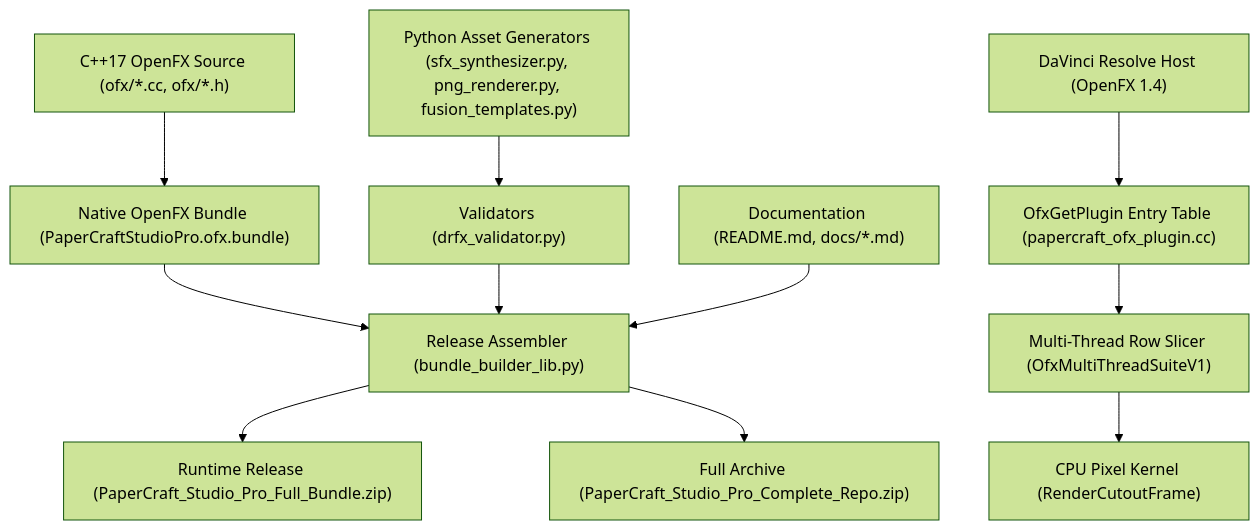
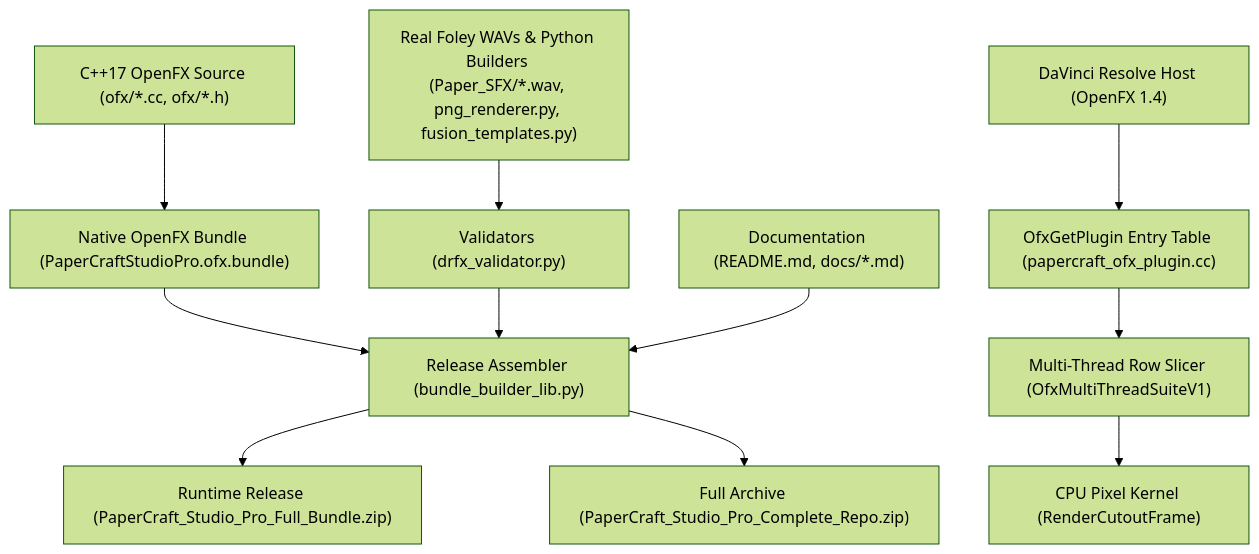
One commit to la-matatena/mttn-papercraft-studio changed the first of 2 diagrams in docs/design_doc.md. Above: the diagram before and after it, drawn with Mermaid (forest theme). The commit also changed other lines of this file and 16 other files, not shown here.

Commit message:
feat: replace synthesized audio with 4 real public-domain paper Foley WAVs

````diff
--- a/docs/design_doc.md
+++ b/docs/design_doc.md
@@ -57,14 +56,14 @@
 ```mermaid
 flowchart TD
   S["C++17 OpenFX Source (ofx/*.cc, ofx/*.h)"] --> B["Native OpenFX Bundle (PaperCraftStudioPro.ofx.bundle)"]
-  P["Python Asset Generators (sfx_synthesizer.py, png_renderer.py, fusion_templates.py)"] --> V["Validators (drfx_validator.py)"]
+  P["Real Foley WAVs & Python Builders (Paper_SFX/*.wav, png_renderer.py, fusion_templates.py)"] --> V["Validators (drfx_validator.py)"]
   B --> R["Release Assembler (bundle_builder_lib.py)"]
   V --> R
   D["Documentation (README.md, docs/*.md)"] --> R
   R --> Z1["Runtime Release (PaperCraft_Studio_Pro_Full_Bundle.zip)"]
   R --> Z2["Full Archive (PaperCraft_Studio_Pro_Complete_Repo.zip)"]
 
   H["DaVinci Resolve Host (OpenFX 1.4)"] --> E["OfxGetPlugin Entry Table (papercraft_ofx_plugin.cc)"]
   E --> T["Multi-Thread Row Slicer (OfxMultiThreadSuiteV1)"]
   T --> K["CPU Pixel Kernel (RenderCutoutFrame)"]
 ```
````
